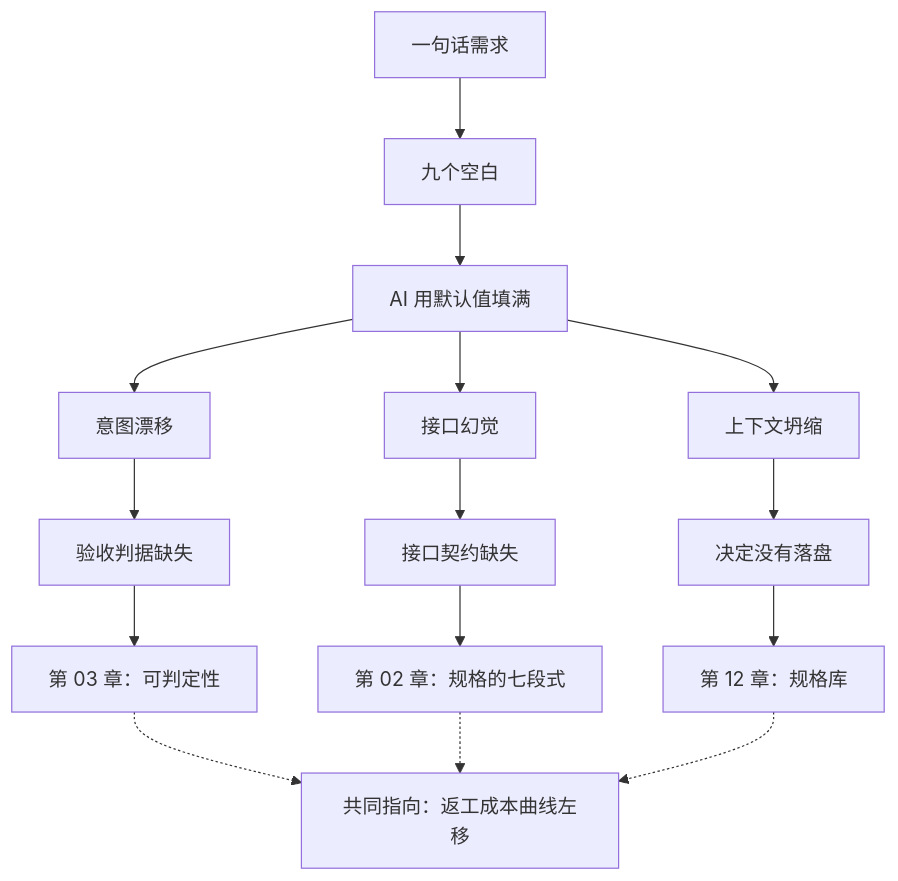
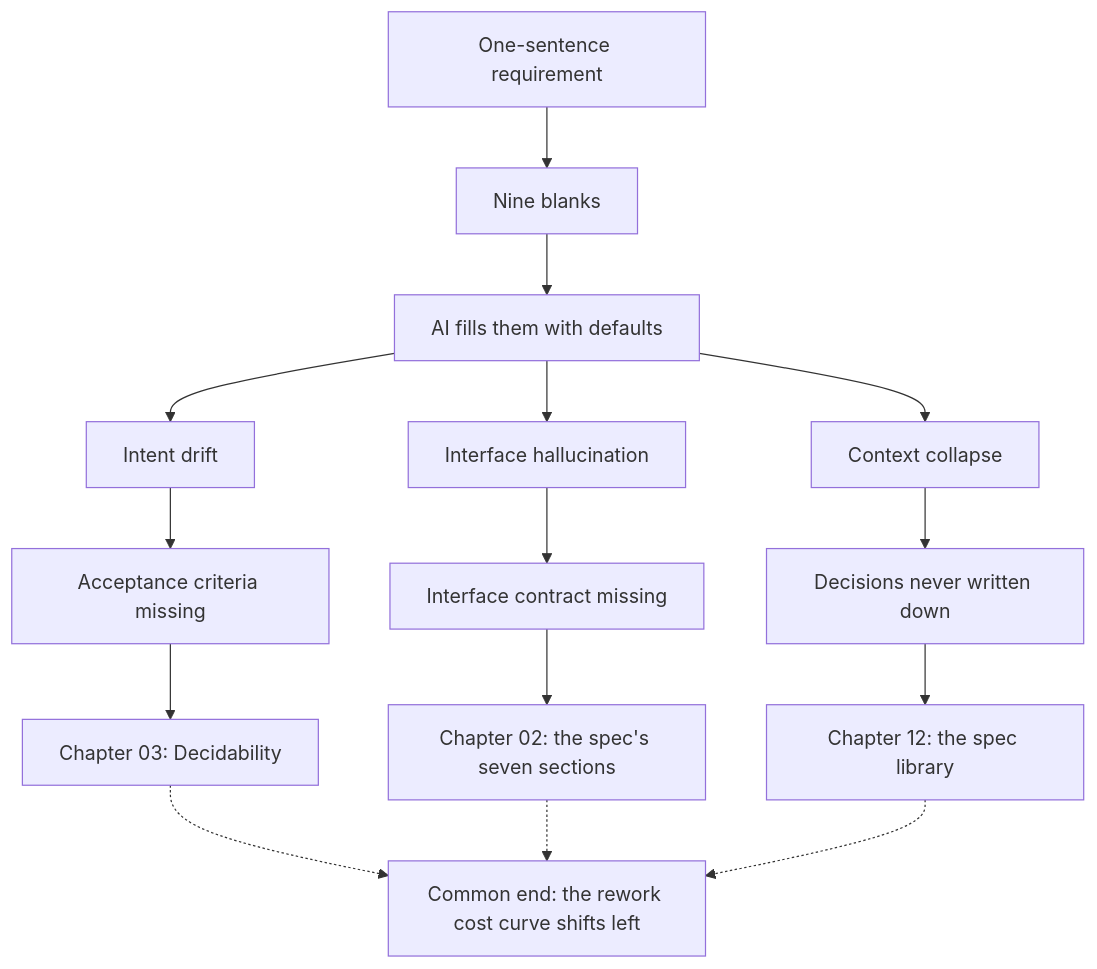
One commit to xzlxiao/vibe-coding-textbook changed the second of 2 diagrams in phase2/chapters/ch01-rework-topography.md. Above: the diagram before and after it, drawn with Mermaid. The commit also changed other lines of this file and 15 other files, not shown here.

````diff
--- a/phase2/chapters/ch01-rework-topography.md
+++ b/phase2/chapters/ch01-rework-topography.md
@@ -200,17 +200,17 @@
 ```mermaid
 flowchart TD
-    A["一句话需求"] --> B["九个空白"]
-    B --> C["AI 用默认值填满"]
-    C --> D1["意图漂移"]
-    C --> D2["接口幻觉"]
-    C --> D3["上下文坍缩"]
-    D1 --> E["验收判据缺失"]
-    D2 --> F["接口契约缺失"]
-    D3 --> G["决定没有落盘"]
-    E --> H["第 03 章：可判定性"]
-    F --> I["第 02 章：规格的七段式"]
-    G --> J["第 12 章：规格库"]
-    H -.-> K["共同指向：返工成本曲线左移"]
+    A["One-sentence requirement"] --> B["Nine blanks"]
+    B --> C["AI fills them with defaults"]
+    C --> D1["Intent drift"]
+    C --> D2["Interface hallucination"]
+    C --> D3["Context collapse"]
+    D1 --> E["Acceptance criteria missing"]
+    D2 --> F["Interface contract missing"]
+    D3 --> G["Decisions never written down"]
+    E --> H["Chapter 03: Decidability"]
+    F --> I["Chapter 02: the spec's seven sections"]
+    G --> J["Chapter 12: the spec library"]
+    H -.-> K["Common end: the rework cost curve shifts left"]
     I -.-> K
     J -.-> K
 ```
````
